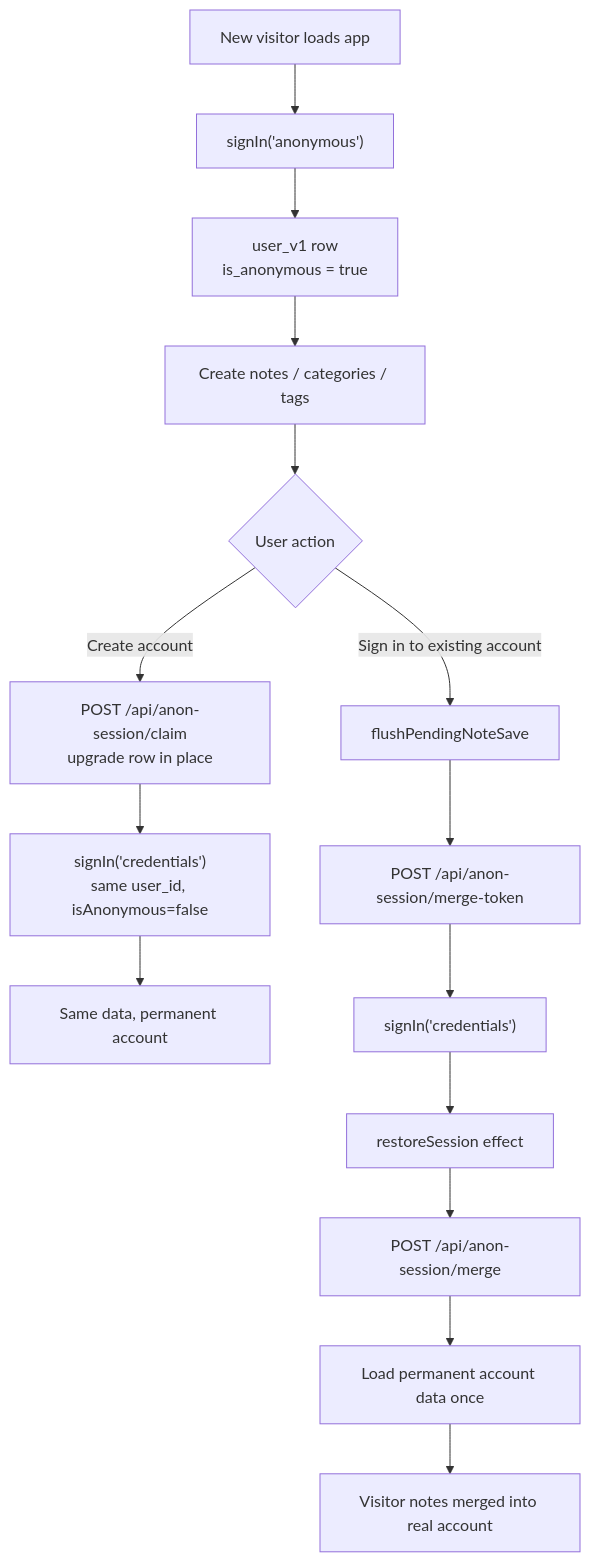
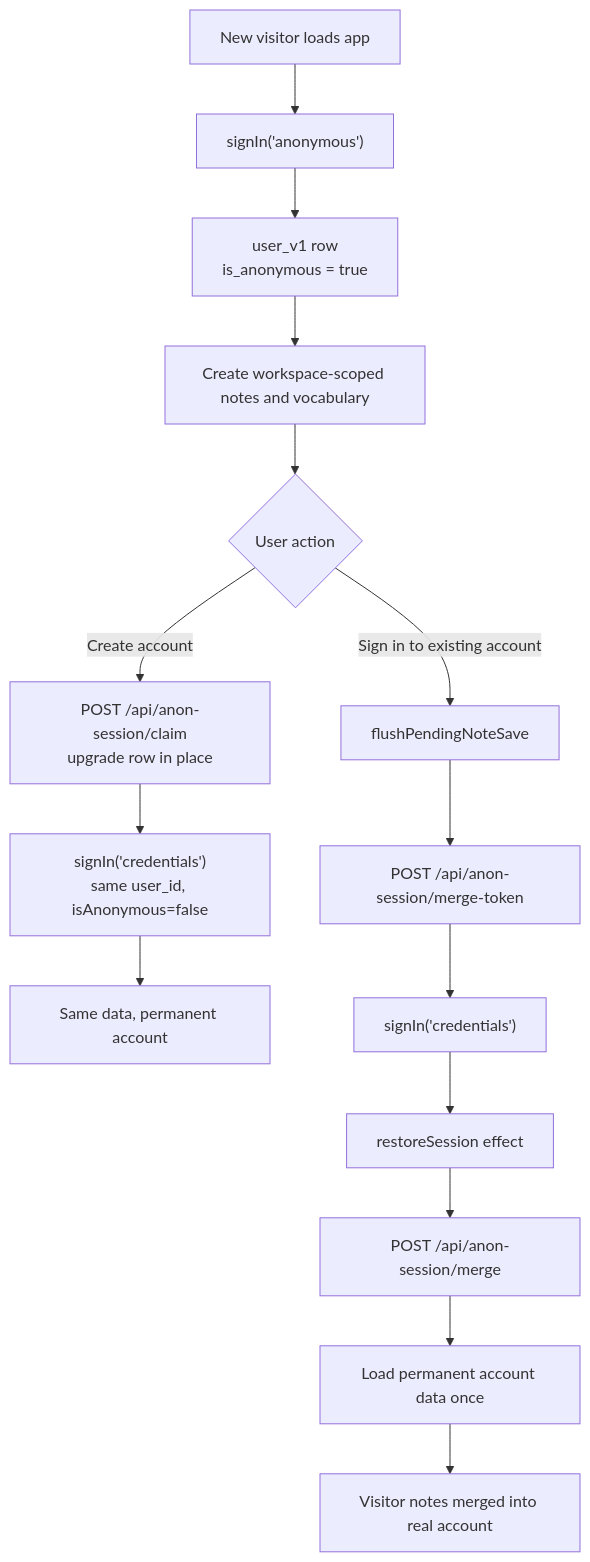
One commit to paulshorey/notes changed the diagram in docs/auth/login-signup.md. Above: the diagram before and after it, drawn with Mermaid. The commit also changed other lines of this file and 70 other files, not shown here.

Commit message:
Add workspace-scoped note organization

````diff
--- a/docs/auth/login-signup.md
+++ b/docs/auth/login-signup.md
@@ -35,20 +35,20 @@
 ```mermaid
 flowchart TD
   Visit[New visitor loads app] --> AnonSignIn["signIn('anonymous')"]
   AnonSignIn --> AnonRow["user_v1 row<br/>is_anonymous = true"]
-  AnonRow --> UseApp[Create notes / categories / tags]
+  AnonRow --> UseApp[Create workspace-scoped notes and vocabulary]
 
   UseApp --> Choice{User action}
 
   Choice -->|Create account| Claim["POST /api/anon-session/claim<br/>upgrade row in place"]
   Claim --> CredSignIn["signIn('credentials')<br/>same user_id, isAnonymous=false"]
   CredSignIn --> DoneClaim[Same data, permanent account]
 
   Choice -->|Sign in to existing account| Flush1[flushPendingNoteSave]
   Flush1 --> Token["POST /api/anon-session/merge-token"]
   Token --> Login["signIn('credentials')"]
   Login --> Restore[restoreSession effect]
   Restore --> Merge["POST /api/anon-session/merge"]
   Merge --> LoadFresh[Load permanent account data once]
   LoadFresh --> DoneMerge[Visitor notes merged into real account]
 ```
````
